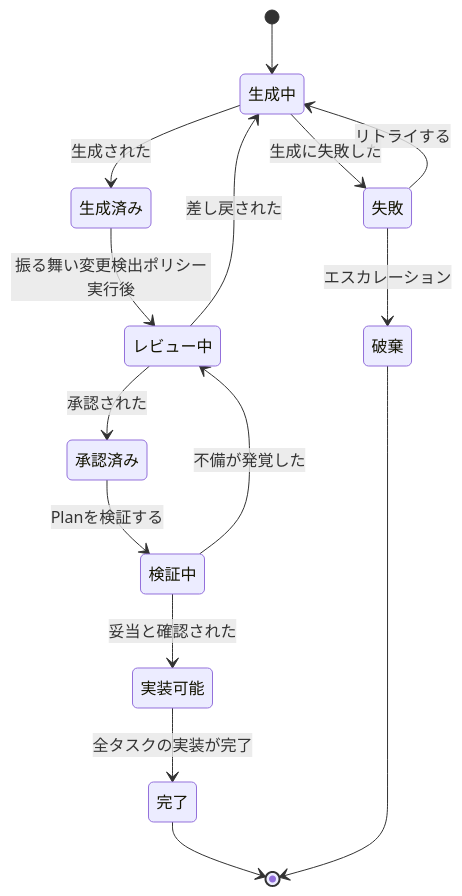
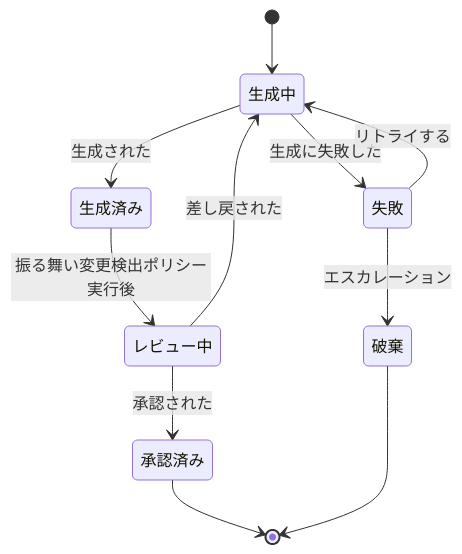
The fifth of 8 diagrams in docs/delivery-workflow/event-storming.md (kuchita-el/claude-shared-skills), drawn with Mermaid before and after one commit. The commit also changed other lines of this file, not shown here.

````diff
--- a/docs/delivery-workflow/event-storming.md
+++ b/docs/delivery-workflow/event-storming.md
@@ -312,17 +322,13 @@
 ```mermaid
 stateDiagram-v2
     [*] --> 生成中
     生成中 --> 生成済み: 生成された
     生成中 --> 失敗: 生成に失敗した
     失敗 --> 生成中: リトライする
     失敗 --> 破棄: エスカレーション
     生成済み --> レビュー中: 振る舞い変更検出ポリシー実行後
     レビュー中 --> 承認済み: 承認された
     レビュー中 --> 生成中: 差し戻された
-    承認済み --> 検証中: Planを検証する
-    検証中 --> 実装可能: 妥当と確認された
-    検証中 --> レビュー中: 不備が発覚した
-    実装可能 --> 完了: 全タスクの実装が完了
-    完了 --> [*]
+    承認済み --> [*]
     破棄 --> [*]
 ```
````
